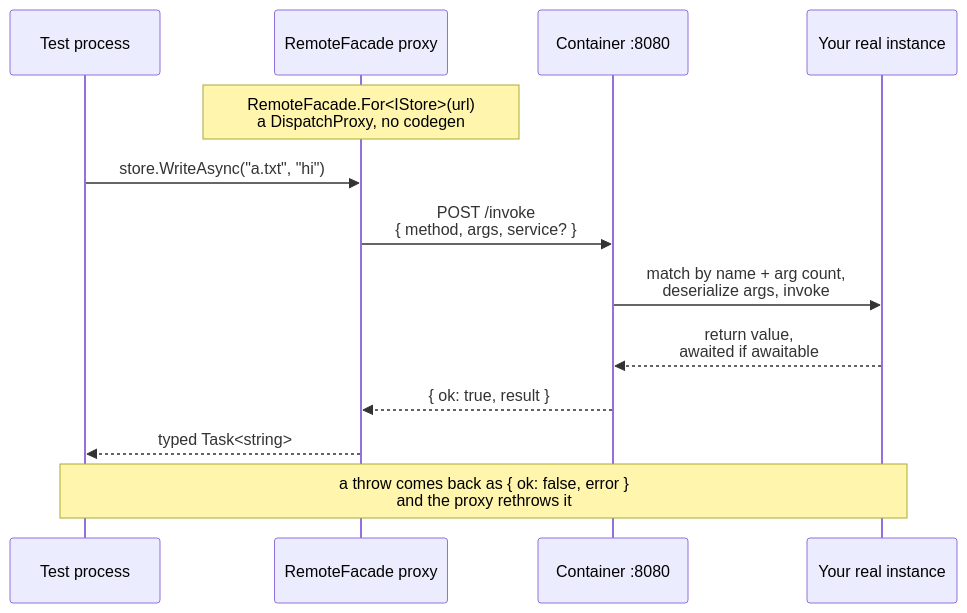
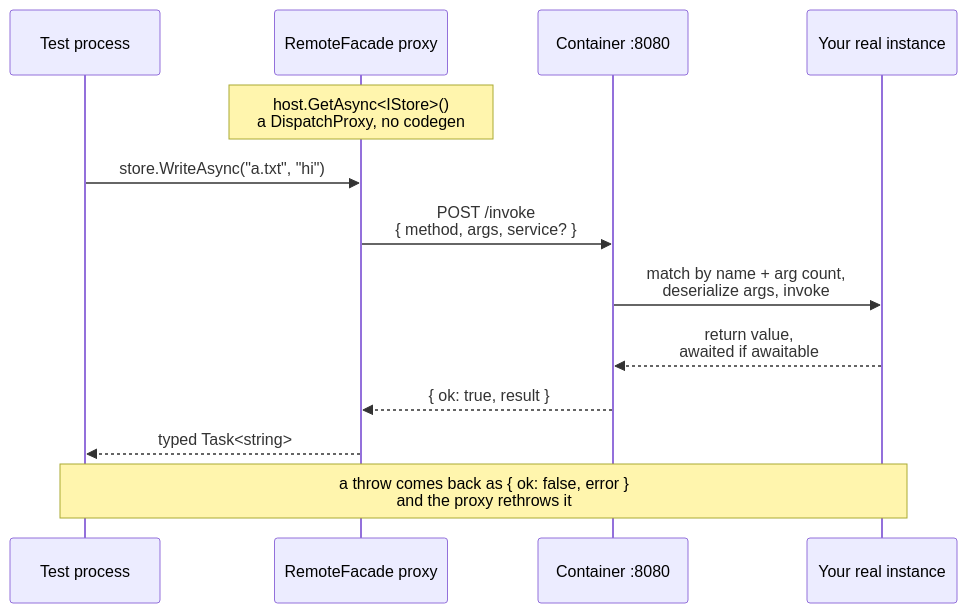
Before and after one commit to drewlane-dev/remote-facade-host: the second of 2 diagrams in README.md, drawn with Mermaid. The commit also changed other lines of this file, not shown here.

````diff
--- a/README.md
+++ b/README.md
@@ -92,19 +111,19 @@
 ```mermaid
 sequenceDiagram
     participant test as Test process
     participant proxy as RemoteFacade proxy
     participant host as Container :8080
     participant real as Your real instance
 
-    Note over proxy: RemoteFacade.For#lt;IStore#gt;(url)<br/>a DispatchProxy, no codegen
+    Note over proxy: host.GetAsync#lt;IStore#gt;()<br/>a DispatchProxy, no codegen
 
     test->>proxy: store.WriteAsync("a.txt", "hi")
     proxy->>host: POST /invoke<br/>{ method, args, service? }
     host->>real: match by name + arg count,<br/>deserialize args, invoke
 
     real-->>host: return value,<br/>awaited if awaitable
     host-->>proxy: { ok: true, result }
     proxy-->>test: typed Task#lt;string#gt;
 
     Note over test,real: a throw comes back as { ok: false, error }<br/>and the proxy rethrows it
 ```
````
